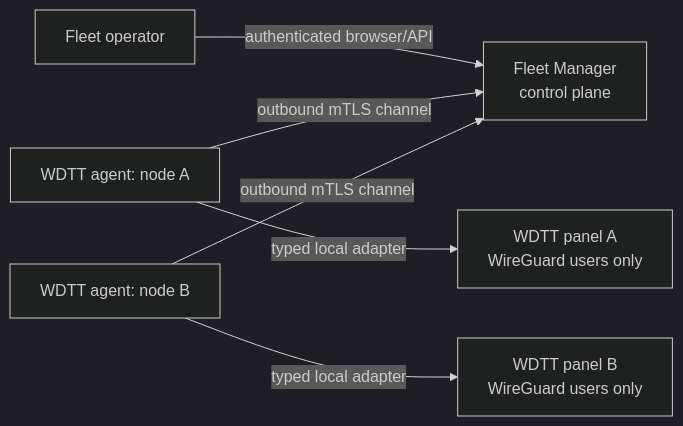
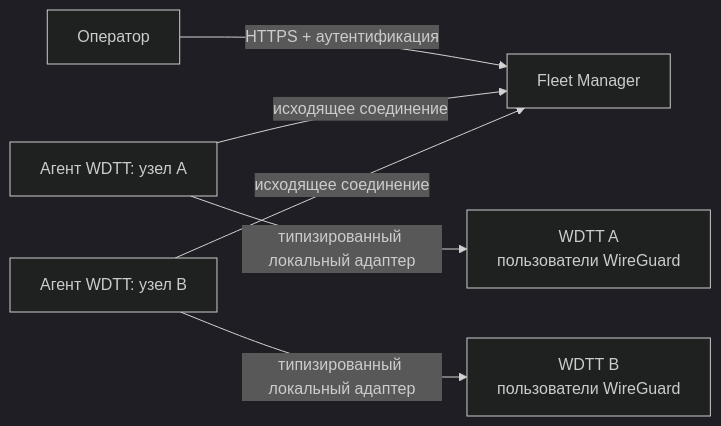
The first of 2 diagrams in docs/architecture.md (lebrit/wdtt-fleet-manager), drawn with Mermaid (dark theme) before and after one commit. The commit also changed other lines of this file and 24 other files, not shown here.

Commit message:
Build fleet management panel

````diff
--- a/docs/architecture.md
+++ b/docs/architecture.md
@@ -11,8 +9,8 @@
 ```mermaid
 flowchart LR
-  Operator["Fleet operator"] -->|"authenticated browser/API"| Central["Fleet Manager\ncontrol plane"]
-  AgentA["WDTT agent: node A"] -->|"outbound mTLS channel"| Central
-  AgentB["WDTT agent: node B"] -->|"outbound mTLS channel"| Central
-  AgentA -->|"typed local adapter"| WDTTa["WDTT panel A\nWireGuard users only"]
-  AgentB -->|"typed local adapter"| WDTTb["WDTT panel B\nWireGuard users only"]
+  Operator["Оператор"] -->|"HTTPS + аутентификация"| Central["Fleet Manager"]
+  AgentA["Агент WDTT: узел A"] -->|"исходящее соединение"| Central
+  AgentB["Агент WDTT: узел B"] -->|"исходящее соединение"| Central
+  AgentA -->|"типизированный локальный адаптер"| WDTTa["WDTT A\nпользователи WireGuard"]
+  AgentB -->|"типизированный локальный адаптер"| WDTTb["WDTT B\nпользователи WireGuard"]
 ```
````
